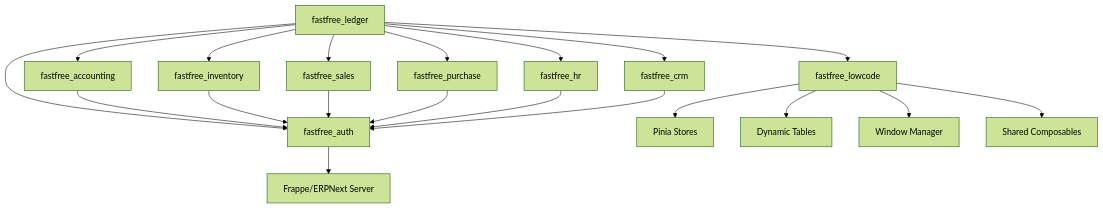
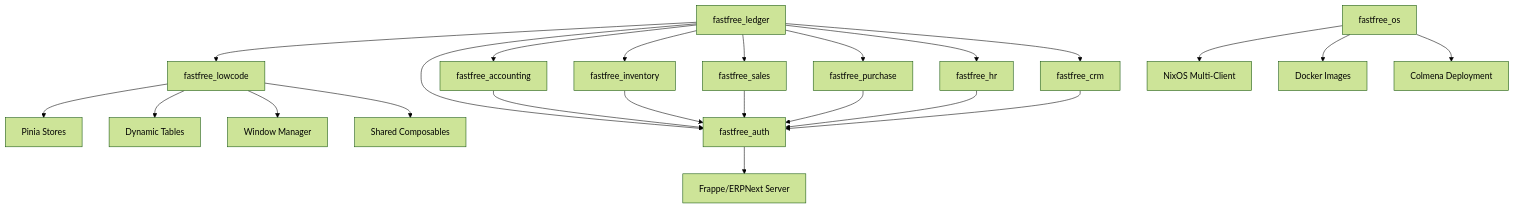
The diagram in README.md (FastFreeCloud/fastfree), drawn with Mermaid (forest theme) before and after one commit. The commit also changed other lines of this file, not shown here.

First line of the commit message:
docs: update README with CI/CD pipeline, NixOS deployment, and current stats

````diff
--- a/README.md
+++ b/README.md
@@ -36,24 +45,28 @@
 ```mermaid
 graph TD
     A[fastfree_ledger] --> B[fastfree_lowcode]
     A --> C[fastfree_auth]
     A --> D[fastfree_accounting]
     A --> E[fastfree_inventory]
     A --> F[fastfree_sales]
     A --> G[fastfree_purchase]
     A --> H[fastfree_hr]
     A --> I[fastfree_crm]
 
     C --> J[Frappe/ERPNext Server]
     D --> C
     E --> C
     F --> C
     G --> C
     H --> C
     I --> C
 
     B --> K[Pinia Stores]
     B --> L[Dynamic Tables]
     B --> M[Window Manager]
     B --> N[Shared Composables]
+
+    O[fastfree_os] --> P[NixOS Multi-Client]
+    O --> Q[Docker Images]
+    O --> R[Colmena Deployment]
 ```
````
